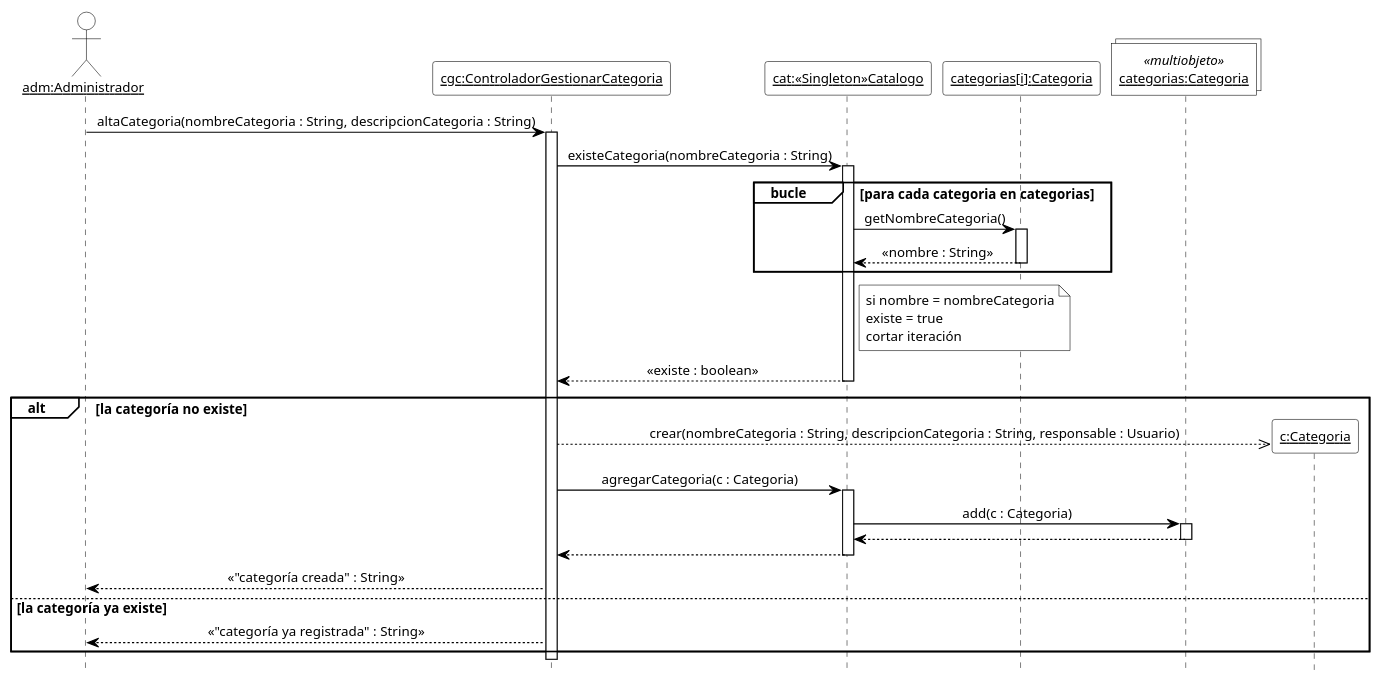
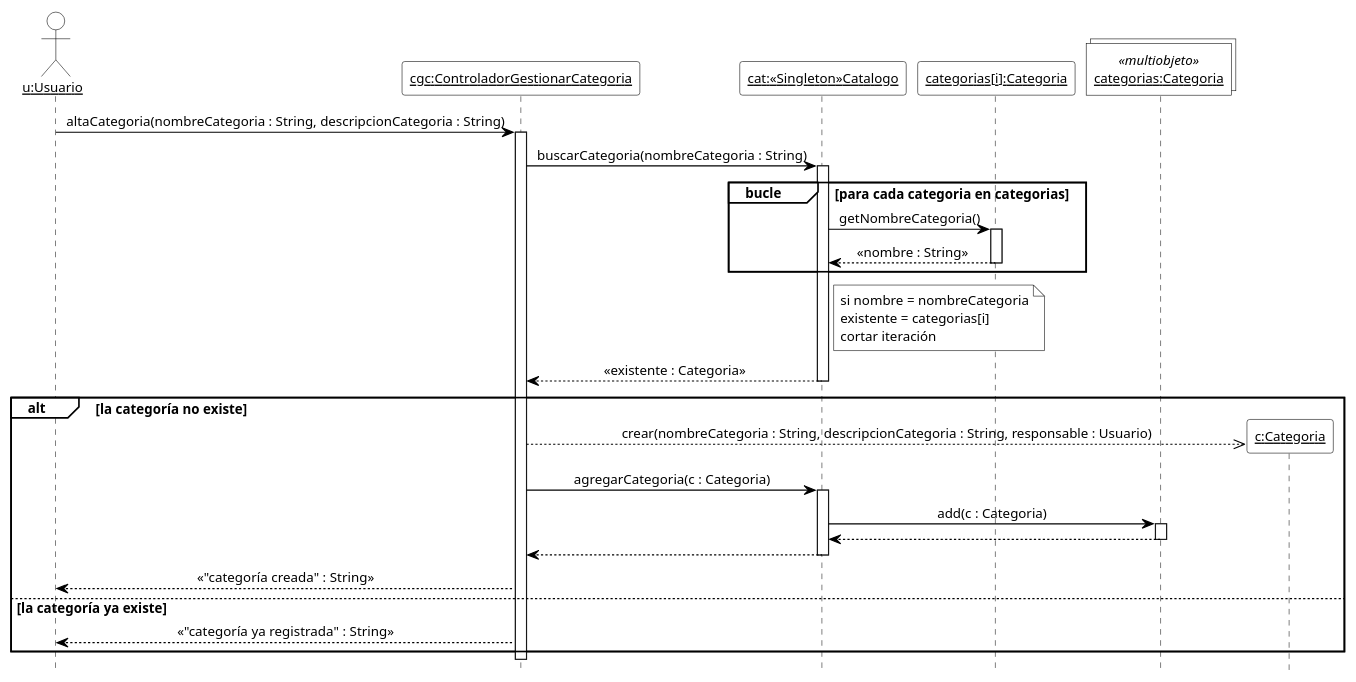
One commit to cirotop/Stock-Project changed the fifth of 18 diagrams in 08-Diagrama De Secuencia/Diagramas_de_Secuencia.md. Above: the diagram before and after it, drawn with PlantUML. The commit also changed other lines of this file and 36 other files, not shown here.

````diff
--- a/08-Diagrama De Secuencia/Diagramas_de_Secuencia.md
+++ b/08-Diagrama De Secuencia/Diagramas_de_Secuencia.md
@@ -312,57 +312,57 @@
 ```plantuml
 @startuml DSD_CU-03_altaCategoria
 ' Diagrama de Secuencia de Diseño (DSD) - CU-03 Gestionar categoría - altaCategoria
 ' Estilo de los ejemplos de la teoría (introducirArticulo / crearNuevaVenta).
 hide footbox
 skinparam shadowing false
 skinparam defaultFontName Arial
 skinparam defaultFontSize 12
 skinparam sequenceMessageAlign center
 skinparam ArrowColor black
 skinparam ParticipantBackgroundColor white
 skinparam ParticipantBorderColor black
 skinparam CollectionsBackgroundColor white
 skinparam CollectionsBorderColor black
 skinparam ActorBackgroundColor white
 skinparam ActorBorderColor black
 skinparam LifeLineBorderColor black
 skinparam LifeLineBackgroundColor white
 skinparam SequenceGroupBackgroundColor white
 skinparam SequenceGroupBorderColor black
 skinparam SequenceGroupHeaderFontColor black
 skinparam NoteBackgroundColor white
 skinparam NoteBorderColor black
 
-actor "<u>adm:Administrador</u>" as adm
+actor "<u>u:Usuario</u>" as u
 participant "<u>cgc:ControladorGestionarCategoria</u>" as cgc
 participant "<u>cat:«Singleton»Catalogo</u>" as cat
 participant "<u>categorias[i]:Categoria</u>" as ki
 collections "<u>categorias:Categoria</u>" as mc <<multiobjeto>>
 
-adm -> cgc ++ : altaCategoria(nombreCategoria : String, descripcionCategoria : String)
-cgc -> cat ++ : existeCategoria(nombreCategoria : String)
+u -> cgc ++ : altaCategoria(nombreCategoria : String, descripcionCategoria : String)
+cgc -> cat ++ : buscarCategoria(nombreCategoria : String)
 group bucle [para cada categoria en categorias]
   cat -> ki ++ : getNombreCategoria()
   ki --> cat -- : «nombre : String»
 end
 note right of cat
   si nombre = nombreCategoria
-  existe = true
+  existente = categorias[i]
   cortar iteración
 end note
-cat --> cgc -- : «existe : boolean»
+cat --> cgc -- : «existente : Categoria»
 alt la categoría no existe
   create participant "<u>c:Categoria</u>" as c
   cgc -->> c : crear(nombreCategoria : String, descripcionCategoria : String, responsable : Usuario)
   cgc -> cat ++ : agregarCategoria(c : Categoria)
   cat -> mc ++ : add(c : Categoria)
   mc --> cat --
   cat --> cgc --
-  cgc --> adm : «"categoría creada" : String»
+  cgc --> u : «"categoría creada" : String»
 else la categoría ya existe
-  cgc --> adm : «"categoría ya registrada" : String»
+  cgc --> u : «"categoría ya registrada" : String»
 end
 deactivate cgc
 
 @enduml
 ```
````
